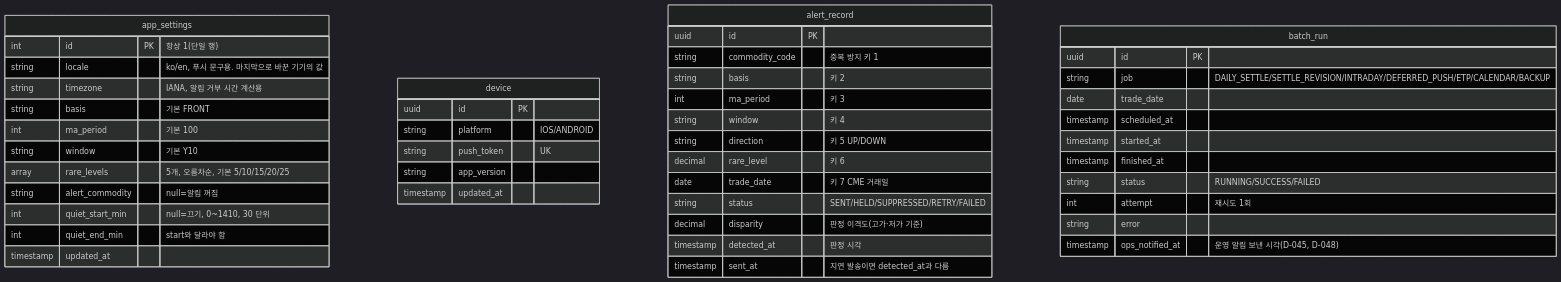
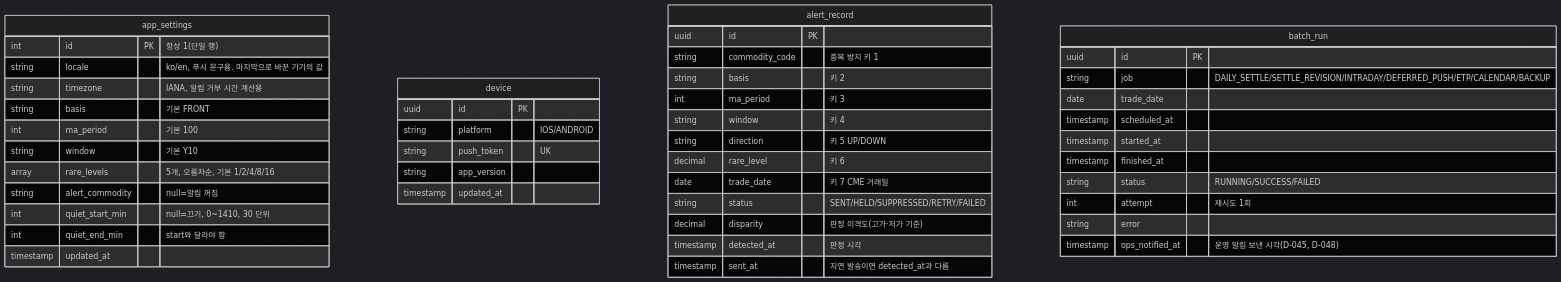
Before and after one commit to seyoun10/futureETP: the third of 3 diagrams in docs/data-model.md, drawn with Mermaid (dark theme). The commit also changed 7 other files, not shown here.

Commit message:
feat: default the rare levels to 1/2/4/8/16

````diff
--- a/docs/data-model.md
+++ b/docs/data-model.md
@@ -233,49 +233,49 @@
 ```mermaid
 erDiagram
     app_settings {
         int id PK "항상 1(단일 행)"
         string locale "ko/en, 푸시 문구용. 마지막으로 바꾼 기기의 값"
         string timezone "IANA, 알림 거부 시간 계산용"
         string basis "기본 FRONT"
         int ma_period "기본 100"
         string window "기본 Y10"
-        array rare_levels "5개, 오름차순, 기본 5/10/15/20/25"
+        array rare_levels "5개, 오름차순, 기본 1/2/4/8/16"
         string alert_commodity "null=알림 꺼짐"
         int quiet_start_min "null=끄기, 0~1410, 30 단위"
         int quiet_end_min "start와 달라야 함"
         timestamp updated_at
     }
     device {
         uuid id PK
         string platform "IOS/ANDROID"
         string push_token "UK"
         string app_version
         timestamp updated_at
     }
     alert_record {
         uuid id PK
         string commodity_code "중복 방지 키 1"
         string basis "키 2"
         int ma_period "키 3"
         string window "키 4"
         string direction "키 5 UP/DOWN"
         decimal rare_level "키 6"
         date trade_date "키 7 CME 거래일"
         string status "SENT/HELD/SUPPRESSED/RETRY/FAILED"
         decimal disparity "판정 이격도(고가·저가 기준)"
         timestamp detected_at "판정 시각"
         timestamp sent_at "지연 발송이면 detected_at과 다름"
     }
     batch_run {
         uuid id PK
         string job "DAILY_SETTLE/SETTLE_REVISION/INTRADAY/DEFERRED_PUSH/ETP/CALENDAR/BACKUP"
         date trade_date
         timestamp scheduled_at
         timestamp started_at
         timestamp finished_at
         string status "RUNNING/SUCCESS/FAILED"
         int attempt "재시도 1회"
         string error
         timestamp ops_notified_at "운영 알림 보낸 시각(D-045, D-048)"
     }
 ```
````
